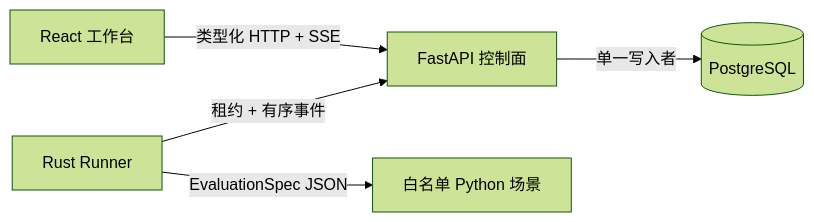
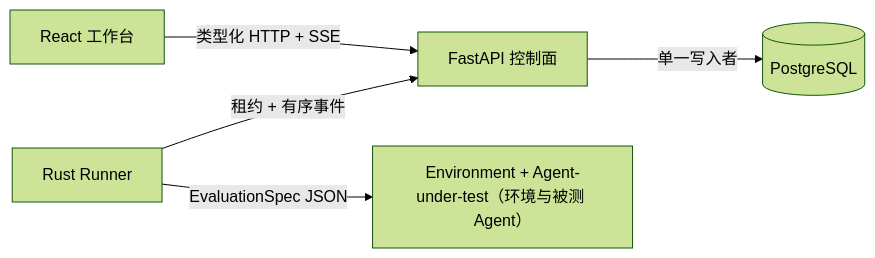
Before and after one commit to GarrisonPJ/agent-ops-platform: the first of 2 diagrams in README.zh-CN.md, drawn with Mermaid (forest theme). The commit also changed other lines of this file and 32 other files, not shown here.

````diff
--- a/README.zh-CN.md
+++ b/README.zh-CN.md
@@ -17,7 +17,7 @@
 ```mermaid
 flowchart LR
     UI["React 工作台"] -->|"类型化 HTTP + SSE"| API["FastAPI 控制面"]
     API -->|"单一写入者"| DB[("PostgreSQL")]
     Runner["Rust Runner"] -->|"租约 + 有序事件"| API
-    Runner -->|"EvaluationSpec JSON"| Agent["白名单 Python 场景"]
+    Runner -->|"EvaluationSpec JSON"| Agent["Environment + Agent-under-test（环境与被测 Agent）"]
 ```
````
